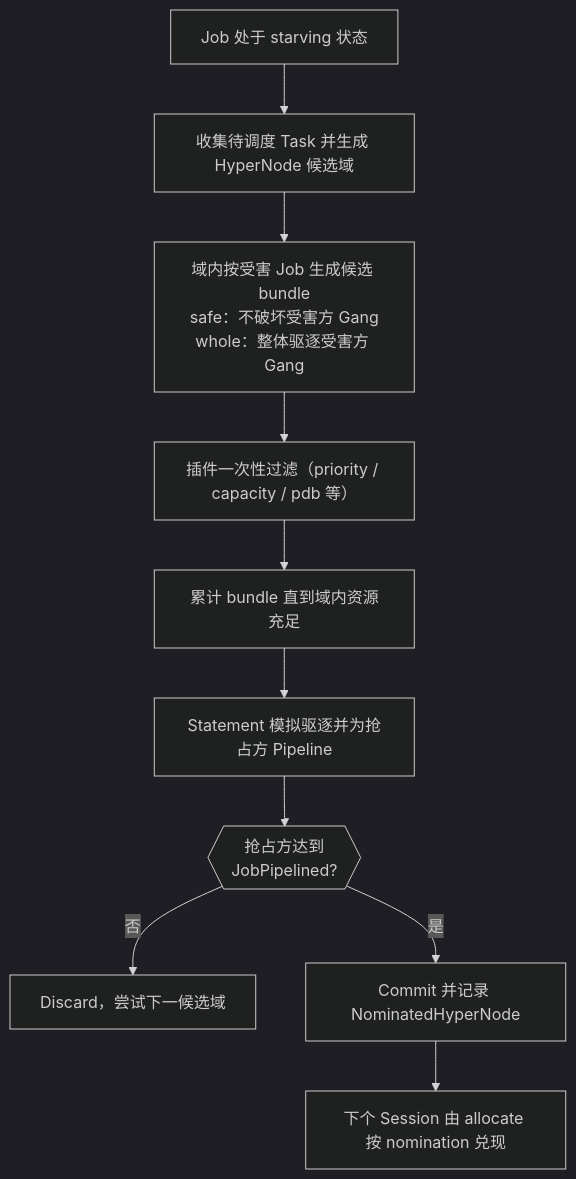
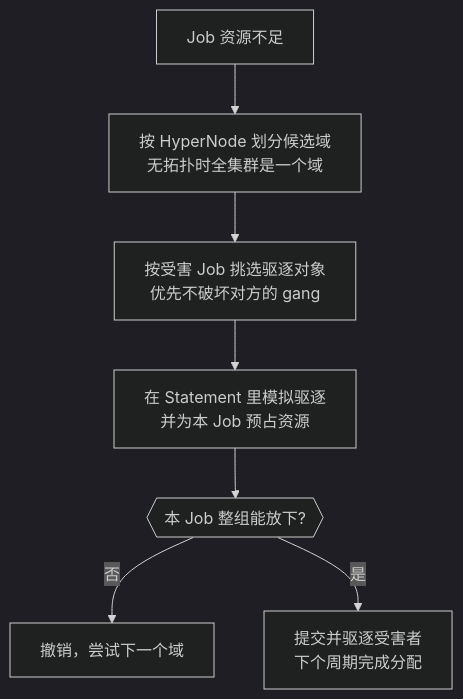
One commit to JesseStutler/volcano changed diagram 11 of 13 in docs/research/k8s-workload-aware-scheduling-vs-volcano-cn.md. Above: the diagram before and after it, drawn with Mermaid (dark theme). The commit also changed other lines of this file and 1 other file, not shown here.

````diff
--- a/docs/research/k8s-workload-aware-scheduling-vs-volcano-cn.md
+++ b/docs/research/k8s-workload-aware-scheduling-vs-volcano-cn.md
@@ -503,12 +479,9 @@
 ```mermaid
 flowchart TD
-    A["Job 处于 starving 状态"] --> B["收集待调度 Task 并生成 HyperNode 候选域"]
-    B --> C["域内按受害 Job 生成候选 bundle<br/>safe：不破坏受害方 Gang<br/>whole：整体驱逐受害方 Gang"]
-    C --> D["插件一次性过滤（priority / capacity / pdb 等）"]
-    D --> E["累计 bundle 直到域内资源充足"]
-    E --> F["Statement 模拟驱逐并为抢占方 Pipeline"]
-    F --> G{{"抢占方达到<br/>JobPipelined?"}}
-    G -- 否 --> H["Discard，尝试下一候选域"]
-    G -- 是 --> I["Commit 并记录 NominatedHyperNode"]
-    I --> J["下个 Session 由 allocate 按 nomination 兑现"]
+    A["Job 资源不足"] --> B["按 HyperNode 划分候选域<br/>无拓扑时全集群是一个域"]
+    B --> C["按受害 Job 挑选驱逐对象<br/>优先不破坏对方的 gang"]
+    C --> D["在 Statement 里模拟驱逐<br/>并为本 Job 预占资源"]
+    D --> E{{"本 Job 整组能放下?"}}
+    E -- 否 --> F["撤销，尝试下一个域"]
+    E -- 是 --> G["提交并驱逐受害者<br/>下个周期完成分配"]
 ```
````
